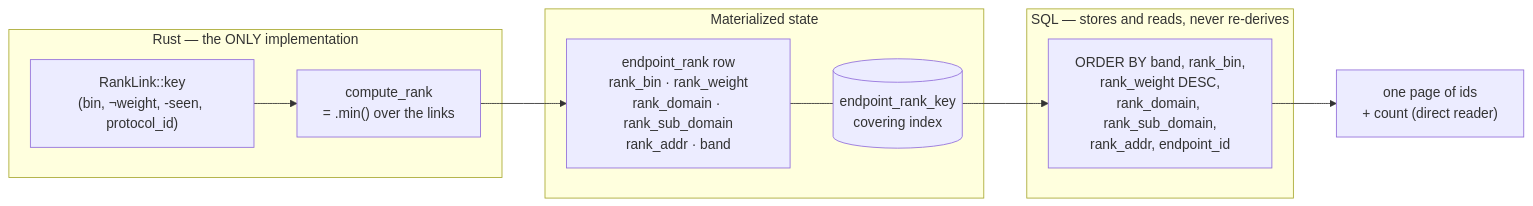
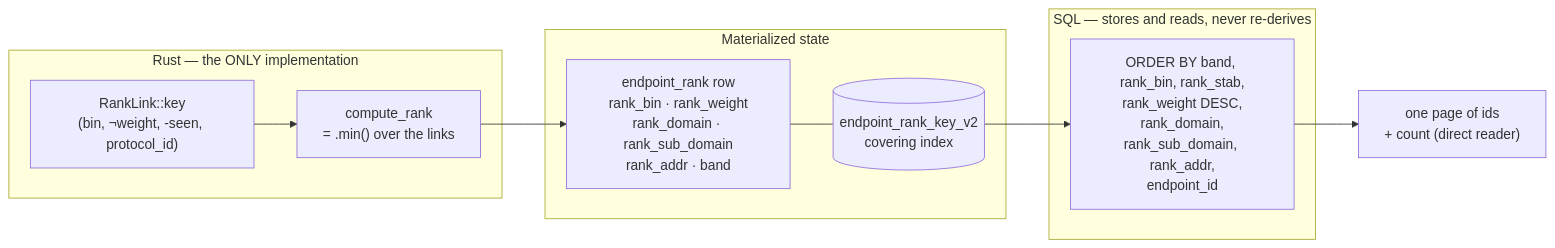
The second of 2 diagrams in docs/ordering_law.md (SaelKimberly/xray-tui), drawn with Mermaid before and after one commit. The commit also changed other lines of this file and 27 other files, not shown here.

````diff
--- a/docs/ordering_law.md
+++ b/docs/ordering_law.md
@@ -155,19 +201,19 @@
 ```mermaid
 flowchart LR
     subgraph L["Rust — the ONLY implementation"]
       LAW["RankLink::key<br/>(bin, ¬weight, -seen, protocol_id)"]
       CR["compute_rank<br/>= .min() over the links"]
       LAW --> CR
     end
     subgraph M["Materialized state"]
       ROW["endpoint_rank row<br/>rank_bin · rank_weight<br/>rank_domain · rank_sub_domain<br/>rank_addr · band"]
-      IDX[("endpoint_rank_key<br/>covering index")]
+      IDX[("endpoint_rank_key_v2<br/>covering index")]
       ROW --- IDX
     end
     subgraph S["SQL — stores and reads, never re-derives"]
-      ORD["ORDER BY band, rank_bin,<br/>rank_weight DESC,<br/>rank_domain, rank_sub_domain,<br/>rank_addr, endpoint_id"]
+      ORD["ORDER BY band, rank_bin, rank_stab,<br/>rank_weight DESC,<br/>rank_domain,<br/>rank_sub_domain, rank_addr,<br/>endpoint_id"]
     end
     CR --> ROW
     IDX --> ORD
     ORD --> PAGE["one page of ids<br/>+ count (direct reader)"]
 ```
````
